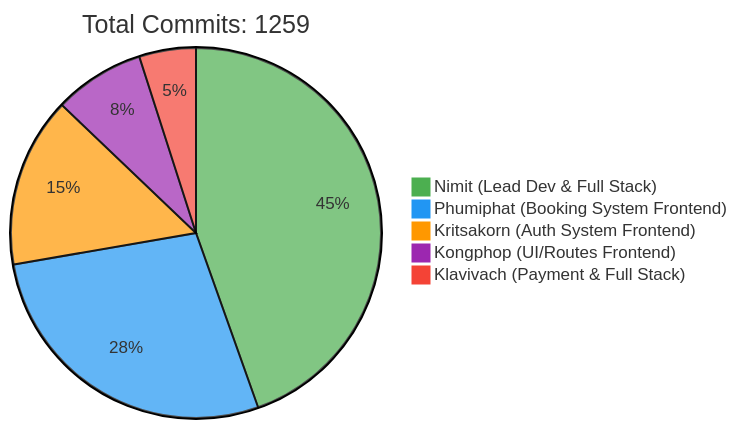
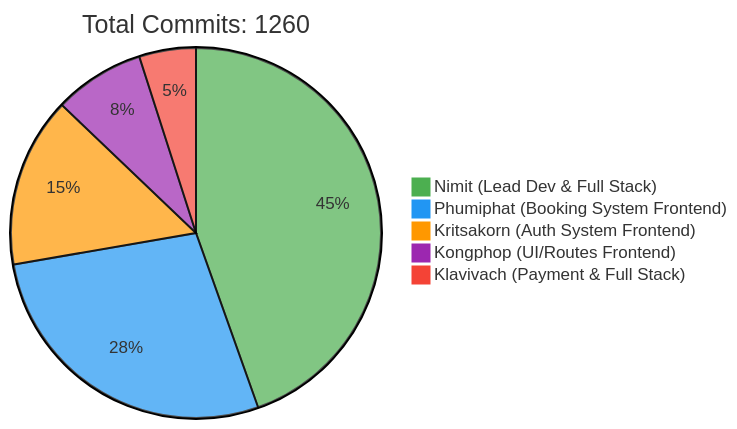
The first of 2 diagrams in README.md (6531503042/Sport-Complex), drawn with Mermaid before and after one commit. The commit also changed other lines of this file, not shown here.

Commit message:
docs: Update contributor statistics [skip ci]

````diff
--- a/README.md
+++ b/README.md
@@ -257,10 +257,10 @@
 ```mermaid
 %%{init: {'theme': 'base', 'themeVariables': { 'pie1': '#4CAF50', 'pie2': '#2196F3', 'pie3': '#FF9800', 'pie4': '#9C27B0', 'pie5': '#F44336'}}}%%
 pie
-    title Total Commits: 1259
+    title Total Commits: 1260
     "Nimit (Lead Dev & Full Stack)" : 450
     "Phumiphat (Booking System Frontend)" : 280
     "Kritsakorn (Auth System Frontend)" : 150
     "Kongphop (UI/Routes Frontend)" : 80
     "Klavivach (Payment & Full Stack)" : 50
 ```
````
